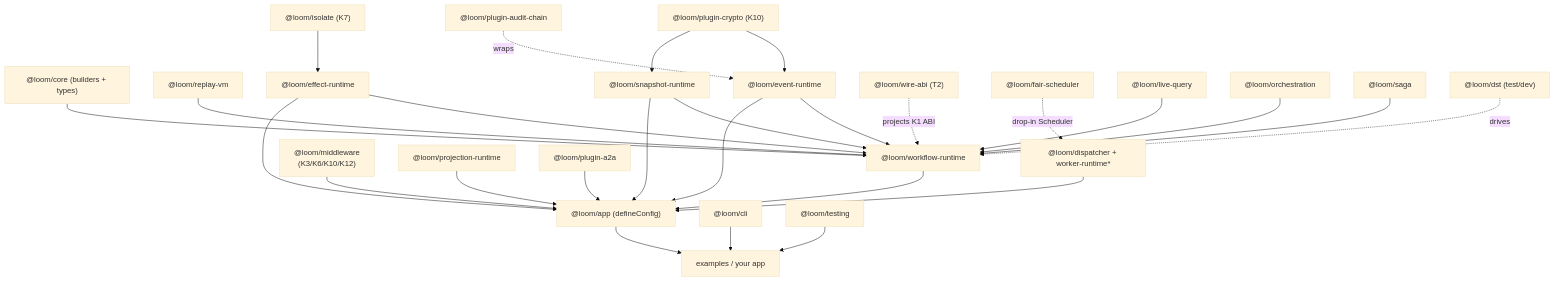
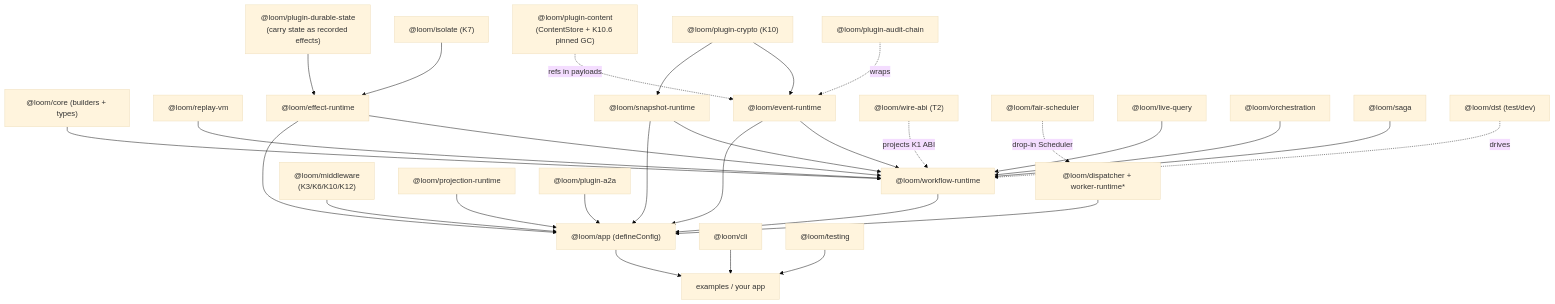
One commit to chhetrisushil/loom changed diagram 12 of 12 in docs/architecture.md. Above: the diagram before and after it, drawn with Mermaid (base theme). The commit also changed other lines of this file and 19 other files, not shown here.

First line of the commit message:
docs(w9): sync docs/spec/diagrams/examples with the perpetual-agents series; relabel pin seam K10.5→K10.6

````diff
--- a/docs/architecture.md
+++ b/docs/architecture.md
@@ -423,39 +424,41 @@
 ```mermaid
 flowchart TB
   core["@loom/core (builders + types)"]
   replay["@loom/replay-vm"]
   events["@loom/event-runtime"]
   snap["@loom/snapshot-runtime"]
   effects["@loom/effect-runtime"]
   wrt["@loom/workflow-runtime"]
   app["@loom/app (defineConfig)"]
 
   core --> wrt
   replay --> wrt
   events --> wrt
   snap --> wrt
   effects --> wrt
   wrt --> app
   events --> app
   snap --> app
   effects --> app
   mw["@loom/middleware<br/>(K3/K6/K10/K12)"] --> app
   proj["@loom/projection-runtime"] --> app
   a2a["@loom/plugin-a2a"] --> app
   iso["@loom/isolate (K7)"] --> effects
   crypto["@loom/plugin-crypto (K10)"] --> events
   crypto --> snap
   wire["@loom/wire-abi (T2)"] -. "projects K1 ABI" .-> wrt
 
   app --> examples["examples / your app"]
   cli["@loom/cli"] --> examples
   testing["@loom/testing"] --> examples
   disp["@loom/dispatcher + worker-runtime*"] --> app
 
   audit["@loom/plugin-audit-chain"] -. wraps .-> events
+  content["@loom/plugin-content<br/>(ContentStore + K10.6 pinned GC)"] -. "refs in payloads" .-> events
+  dstate["@loom/plugin-durable-state<br/>(carry state as recorded effects)"] --> effects
   fair["@loom/fair-scheduler"] -. "drop-in Scheduler" .-> disp
   lq["@loom/live-query"] --> wrt
   orch["@loom/orchestration"] --> wrt
   saga["@loom/saga"] --> wrt
   dst["@loom/dst (test/dev)"] -. drives .-> wrt
 ```
````
